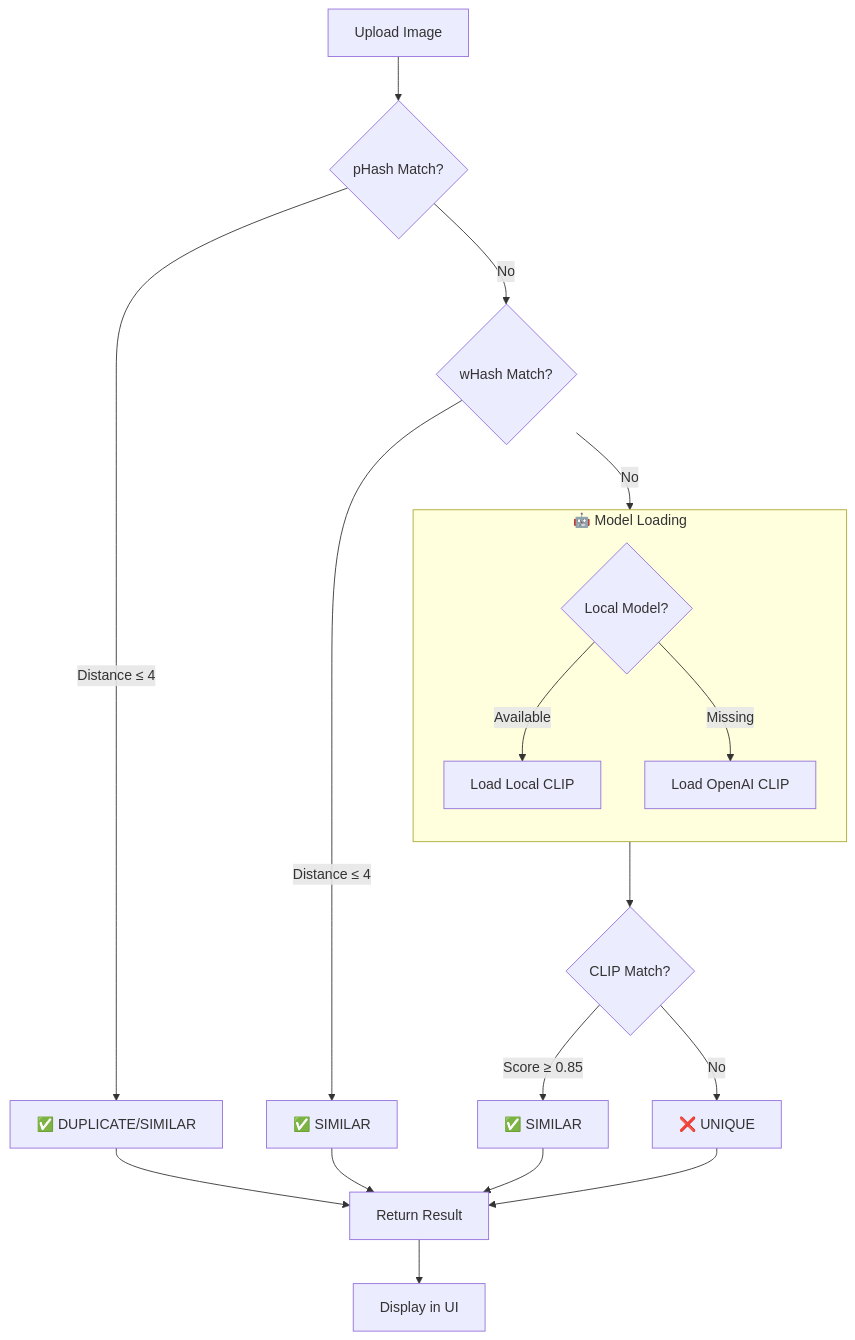
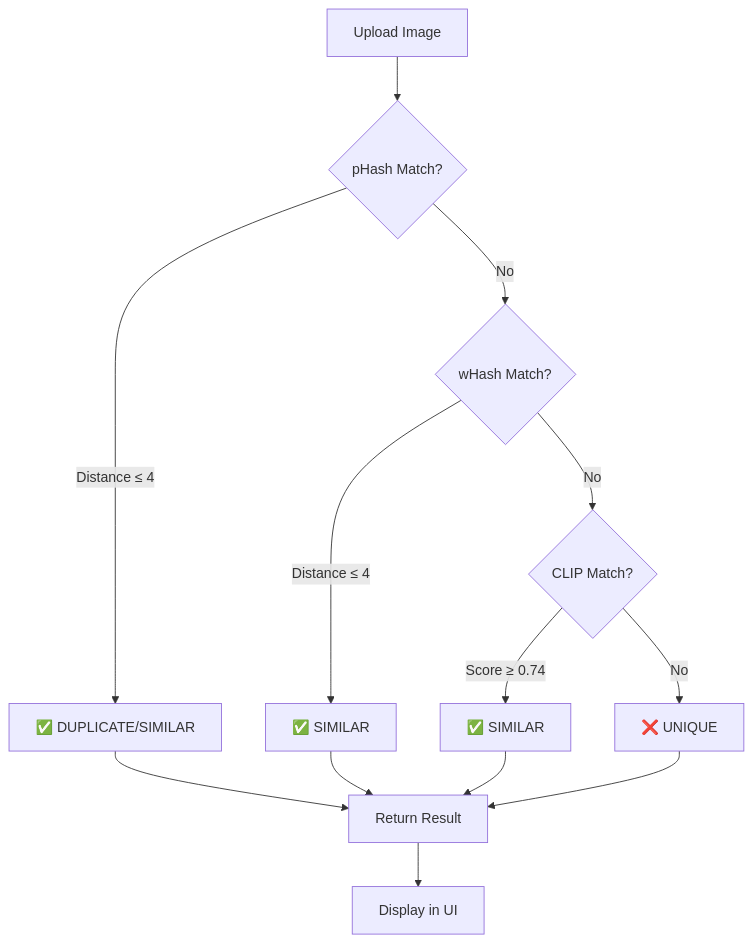
Before and after one commit to gaurav337/DejaView: the third of 3 diagrams in README.md, drawn with Mermaid. The commit also changed other lines of this file and 26 other files, not shown here.

````diff
--- a/README.md
+++ b/README.md
@@ -234,31 +233,19 @@
 ```mermaid
 flowchart TD
     A[Upload Image] --> B{pHash Match?}
     B -->|Distance ≤ 4| C[✅ DUPLICATE/SIMILAR]
     B -->|No| D{wHash Match?}
     
     D -->|Distance ≤ 4| E[✅ SIMILAR]
-    D -->|No| LoadModels
+    D -->|No| F{CLIP Match?}
     
-    subgraph LoadModels["🤖 Model Loading"]
-        direction TB
-        Check{Local Model?}
-        Local[Load Local CLIP]
-        Online[Load OpenAI CLIP]
-        
-        Check -->|Available| Local
-        Check -->|Missing| Online
-    end
-
-    LoadModels --> F{CLIP Match?}
-    
-    F -->|Score ≥ 0.85| G[✅ SIMILAR]
+    F -->|Score ≥ 0.74| G[✅ SIMILAR]
     F -->|No| H[❌ UNIQUE]
     
     C --> I[Return Result]
     E --> I
     G --> I
     H --> I
     
     I --> J[Display in UI]
 ```
````
